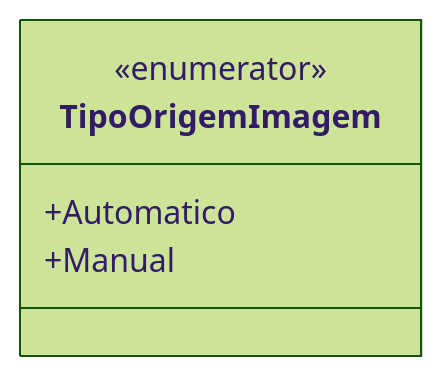
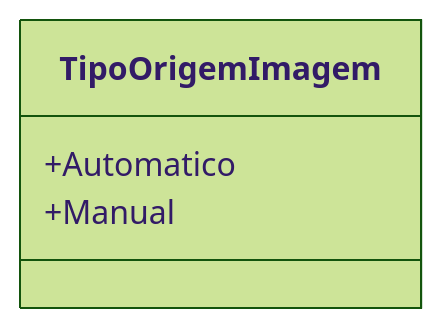
The diagram in docs/b2b-dominio/IsthmusWinthor.Nucleo/IsthmusWinthor.Dominio/Enumeradores/TipoOrigemImagem.md (IsthmusSistemas/documentacao-tecnica), drawn with Mermaid (forest theme) before and after one commit. The commit also changed other lines of this file and 882 other files, not shown here.

````diff
--- a/docs/b2b-dominio/IsthmusWinthor.Nucleo/IsthmusWinthor.Dominio/Enumeradores/TipoOrigemImagem.md
+++ b/docs/b2b-dominio/IsthmusWinthor.Nucleo/IsthmusWinthor.Dominio/Enumeradores/TipoOrigemImagem.md
@@ -11,8 +12,7 @@
 ```mermaid
 classDiagram
     class TipoOrigemImagem {
-        <<enumerator>>
         +Automatico
         +Manual
     }
 ```
````
